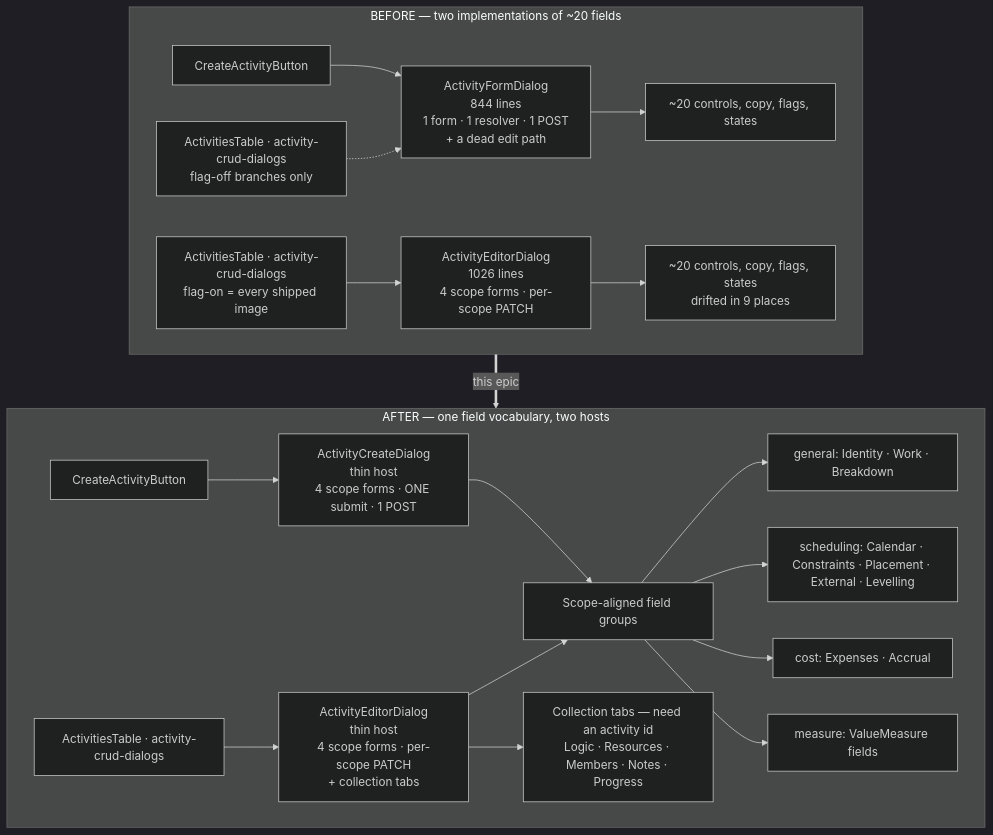
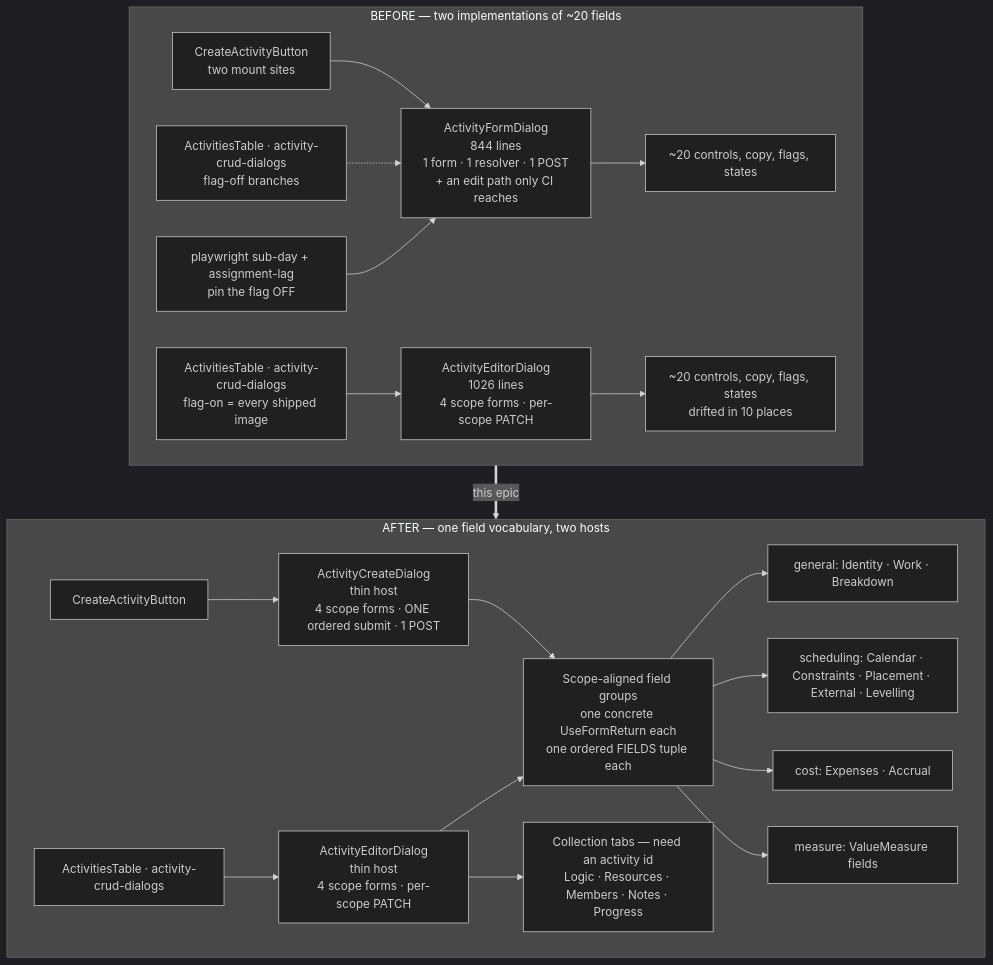
Before and after one commit to HuttonHomeHub/SchedulePoint_1: the first of 3 diagrams in docs/specs/activity-dialog-unification/feature-spec.md, drawn with Mermaid (dark theme). The commit also changed other lines of this file and 1 other file, not shown here.

First line of the commit message:
docs(repo): revise the dialog-unification plan against the architecture review

````diff
--- a/docs/specs/activity-dialog-unification/feature-spec.md
+++ b/docs/specs/activity-dialog-unification/feature-spec.md
@@ -417,24 +455,25 @@
 ```mermaid
 flowchart TB
   subgraph BEFORE["BEFORE — two implementations of ~20 fields"]
-    CB1["CreateActivityButton"] --> AFD["ActivityFormDialog<br/>844 lines<br/>1 form · 1 resolver · 1 POST<br/>+ a dead edit path"]
-    T1["ActivitiesTable · activity-crud-dialogs<br/>flag-off branches only"] -.-> AFD
+    CB1["CreateActivityButton<br/>two mount sites"] --> AFD["ActivityFormDialog<br/>844 lines<br/>1 form · 1 resolver · 1 POST<br/>+ an edit path only CI reaches"]
+    T1["ActivitiesTable · activity-crud-dialogs<br/>flag-off branches"] -.-> AFD
+    H1["playwright sub-day + assignment-lag<br/>pin the flag OFF"] --> AFD
     T2["ActivitiesTable · activity-crud-dialogs<br/>flag-on = every shipped image"] --> AED["ActivityEditorDialog<br/>1026 lines<br/>4 scope forms · per-scope PATCH"]
     AFD --> F1["~20 controls, copy, flags, states"]
-    AED --> F2["~20 controls, copy, flags, states<br/>drifted in 9 places"]
+    AED --> F2["~20 controls, copy, flags, states<br/>drifted in 10 places"]
   end
 
   subgraph AFTER["AFTER — one field vocabulary, two hosts"]
-    CB2["CreateActivityButton"] --> ACD["ActivityCreateDialog<br/>thin host<br/>4 scope forms · ONE submit · 1 POST"]
-    T3["ActivitiesTable · activity-crud-dialogs"] --> AED2["ActivityEditorDialog<br/>thin host<br/>4 scope forms · per-scope PATCH<br/>+ collection tabs"]
-    ACD --> G["Scope-aligned field groups"]
+    CB2["CreateActivityButton"] --> ACD["ActivityCreateDialog<br/>thin host<br/>4 scope forms · ONE ordered submit · 1 POST"]
+    T3["ActivitiesTable · activity-crud-dialogs"] --> AED2["ActivityEditorDialog<br/>thin host<br/>4 scope forms · per-scope PATCH"]
+    ACD --> G["Scope-aligned field groups<br/>one concrete UseFormReturn each<br/>one ordered FIELDS tuple each"]
     AED2 --> G
     G --> GG["general: Identity · Work · Breakdown"]
     G --> GS["scheduling: Calendar · Constraints · Placement · External · Levelling"]
     G --> GC["cost: Expenses · Accrual"]
     G --> GM["measure: ValueMeasure fields"]
     AED2 --> COL["Collection tabs — need an activity id<br/>Logic · Resources · Members · Notes · Progress"]
   end
 
   BEFORE ==>|"this epic"| AFTER
 ```
````
